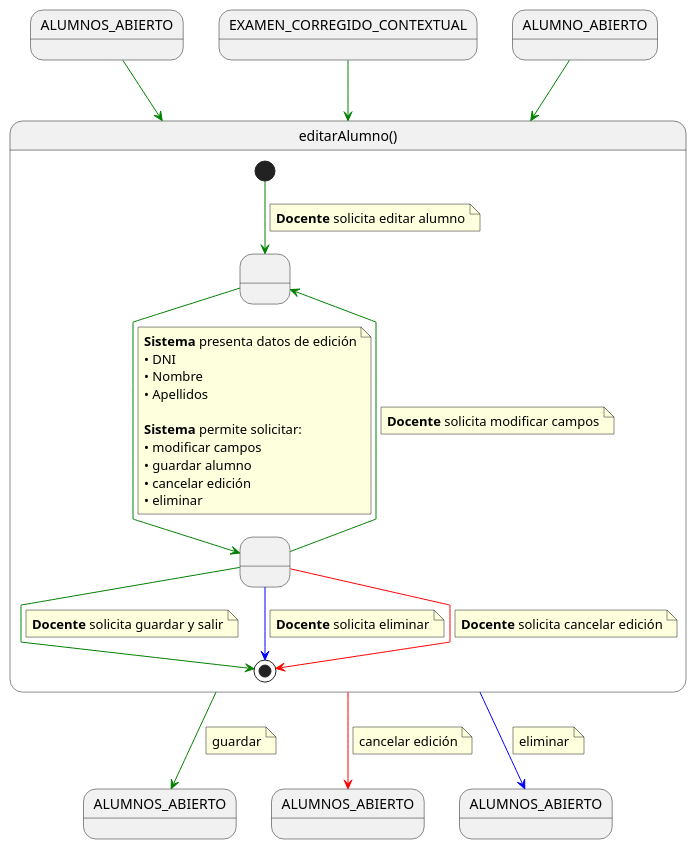
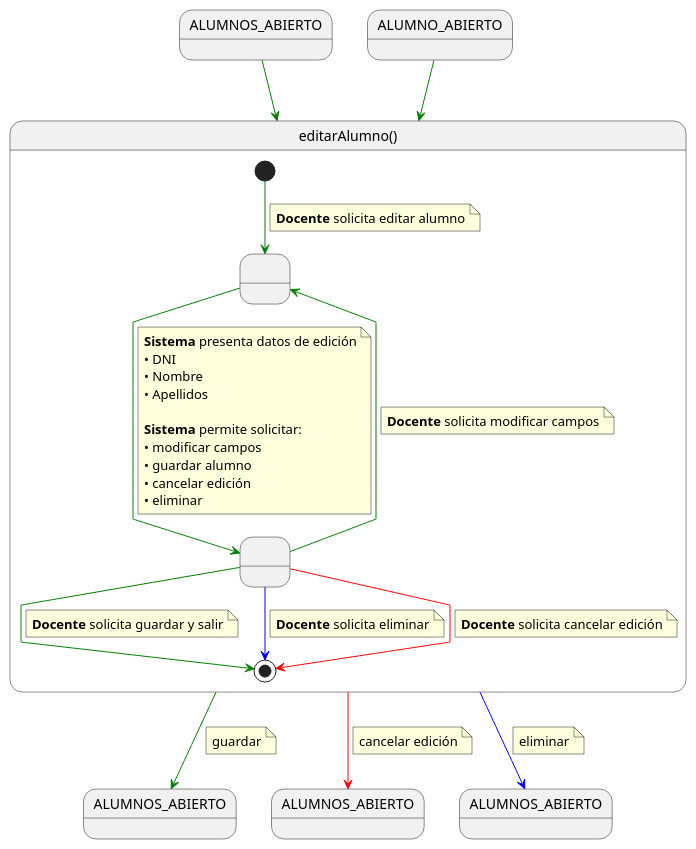
The diagram in documents/casos-de-uso/detalladoCasosDeUso/editarAlumno/editarAlumno.puml (martinlopez7/25-26-IdSw1-SdR), drawn with PlantUML before and after one commit. The commit also changed 25 other files, not shown here.

```diff
--- a/documents/casos-de-uso/detalladoCasosDeUso/editarAlumno/editarAlumno.puml
+++ b/documents/casos-de-uso/detalladoCasosDeUso/editarAlumno/editarAlumno.puml
@@ -1,76 +1,73 @@
 @startuml
 skinparam linetype polyline
 
 state ALUMNOS_ABIERTO
 state ALUMNOS_ABIERTO2 as "ALUMNOS_ABIERTO"
 state ALUMNOS_ABIERTO3 as "ALUMNOS_ABIERTO"
 state ALUMNOS_ABIERTO4 as "ALUMNOS_ABIERTO"
-state EXAMEN_CORREGIDO_CONTEXTUAL as "EXAMEN_CORREGIDO_CONTEXTUAL"
-
-EXAMEN_CORREGIDO_CONTEXTUAL -[#green]-> editarAlumno
 
 ALUMNOS_ABIERTO -[#green]-> editarAlumno
 
 ALUMNO_ABIERTO -[#green]-> editarAlumno
 
 state editarAlumno as "editarAlumno()" {
 
     state " " as EditandoDatos
     state " " as GuardandoDatos 
 
     [*] -[#green]-> EditandoDatos 
     note on link
     <b>Docente</b> solicita editar alumno
     end note    
     
     EditandoDatos -[#green]-> GuardandoDatos
     note on link
     <b>Sistema</b> presenta datos de edición
     • DNI 
     • Nombre
     • Apellidos
     
     <b>Sistema</b> permite solicitar:
     • modificar campos
     • guardar alumno
     • cancelar edición
     • eliminar
     end note
     
     GuardandoDatos -[#green]-> EditandoDatos
     note on link
     <b>Docente</b> solicita modificar campos
     end note
     
     GuardandoDatos -[#green]-> [*]
     note on link
     <b>Docente</b> solicita guardar y salir
     end note
     
     GuardandoDatos -[#blue]-> [*]
     note on link
     <b>Docente</b> solicita eliminar
     end note
 
     GuardandoDatos -[#red]-> [*]
     note on link
     <b>Docente</b> solicita cancelar edición
     end note
 }
 
 editarAlumno -[#green]-> ALUMNOS_ABIERTO2
 note on link
 guardar
 end note
 
 editarAlumno -[#red]-> ALUMNOS_ABIERTO3
 note on link
 cancelar edición
 end note
 
 editarAlumno -[#blue]-> ALUMNOS_ABIERTO4
 note on link
 eliminar
 end note
 
 @enduml
```
